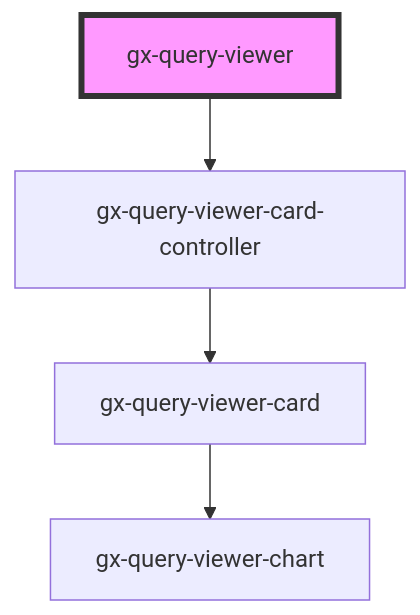
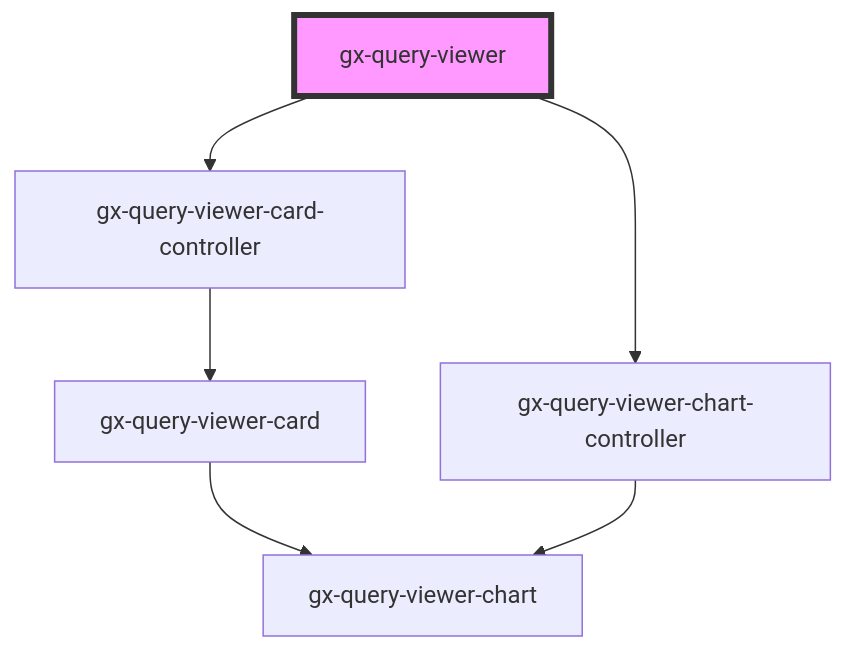
Before and after one commit to genexuslabs/reporting-controls-library: the diagram in src/components/query-viewer/readme.md, drawn with Mermaid. The commit also changed other lines of this file and 4 other files, not shown here.

````diff
--- a/src/components/query-viewer/readme.md
+++ b/src/components/query-viewer/readme.md
@@ -57,7 +59,9 @@
 ```mermaid
 graph TD;
   gx-query-viewer --> gx-query-viewer-card-controller
+  gx-query-viewer --> gx-query-viewer-chart-controller
   gx-query-viewer-card-controller --> gx-query-viewer-card
   gx-query-viewer-card --> gx-query-viewer-chart
+  gx-query-viewer-chart-controller --> gx-query-viewer-chart
   style gx-query-viewer fill:#f9f,stroke:#333,stroke-width:4px
 ```
````
